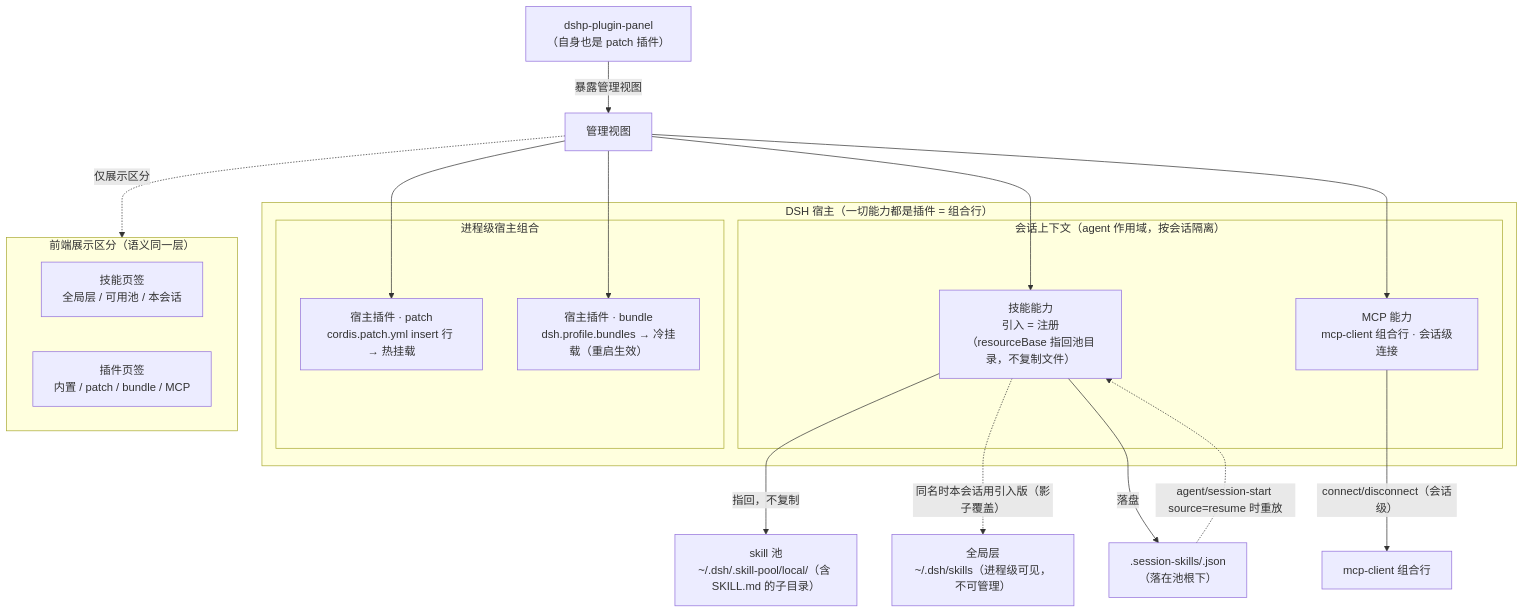
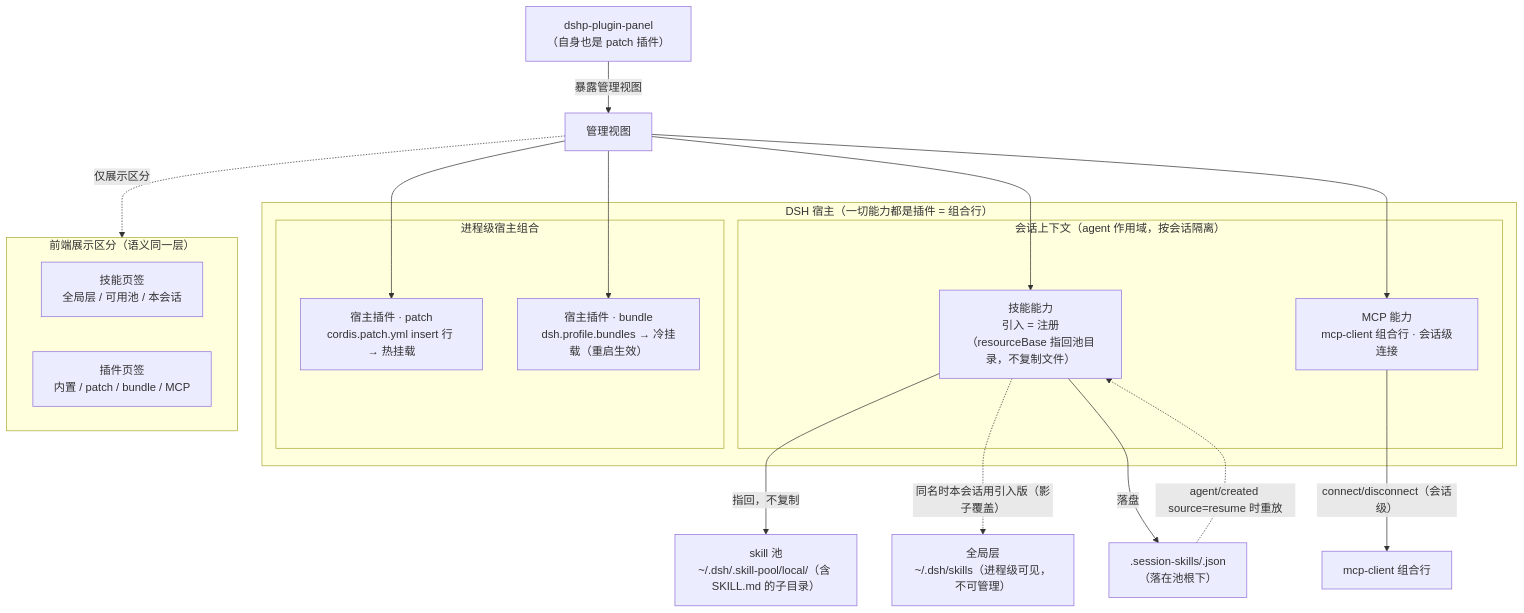
One commit to KuramiWan/dshp-plugin-panel changed the diagram in docs/diagrams/capability-mount.md. Above: the diagram before and after it, drawn with Mermaid. The commit also changed other lines of this file and 20 other files, not shown here.

````diff
--- a/docs/diagrams/capability-mount.md
+++ b/docs/diagrams/capability-mount.md
@@ -16,39 +16,39 @@
 ```mermaid
 flowchart TB
     subgraph DSH["DSH 宿主（一切能力都是插件 = 组合行）"]
         subgraph SESSION["会话上下文（agent 作用域，按会话隔离）"]
             SKILL["技能能力<br/>引入 = 注册（resourceBase 指回池目录，不复制文件）"]
             MCP["MCP 能力<br/>mcp-client 组合行 · 会话级连接"]
         end
         subgraph PROCESS["进程级宿主组合"]
             PATCH["宿主插件 · patch<br/>cordis.patch.yml insert 行 → 热挂载"]
             BUNDLE["宿主插件 · bundle<br/>dsh.profile.bundles → 冷挂载（重启生效）"]
         end
     end
 
     POOL["skill 池<br/>~/.dsh/.skill-pool/local/（含 SKILL.md 的子目录）"]
     GLOBAL["全局层<br/>~/.dsh/skills（进程级可见，不可管理）"]
 
     SKILL -->|"指回，不复制"| POOL
     SKILL -.->|"同名时本会话用引入版（影子覆盖）"| GLOBAL
 
     PERSIST[".session-skills/<sessionId>.json<br/>（落在池根下）"]
     SKILL -->|"落盘"| PERSIST
-    PERSIST -.->|"agent/session-start source=resume 时重放"| SKILL
+    PERSIST -.->|"agent/created source=resume 时重放"| SKILL
 
     MCP -->|"connect/disconnect（会话级）"| MCPROW["mcp-client 组合行"]
 
     PANEL["dshp-plugin-panel<br/>（自身也是 patch 插件）"]
     PANEL -->|"暴露管理视图"| VIEW["管理视图"]
 
     VIEW --> SKILL
     VIEW --> MCP
     VIEW --> PATCH
     VIEW --> BUNDLE
 
     subgraph FRONT["前端展示区分（语义同一层）"]
         TABSKILLS["技能页签<br/>全局层 / 可用池 / 本会话"]
         TABPLUGINS["插件页签<br/>内置 / patch / bundle / MCP"]
     end
     VIEW -.->|"仅展示区分"| FRONT
 ```
````
